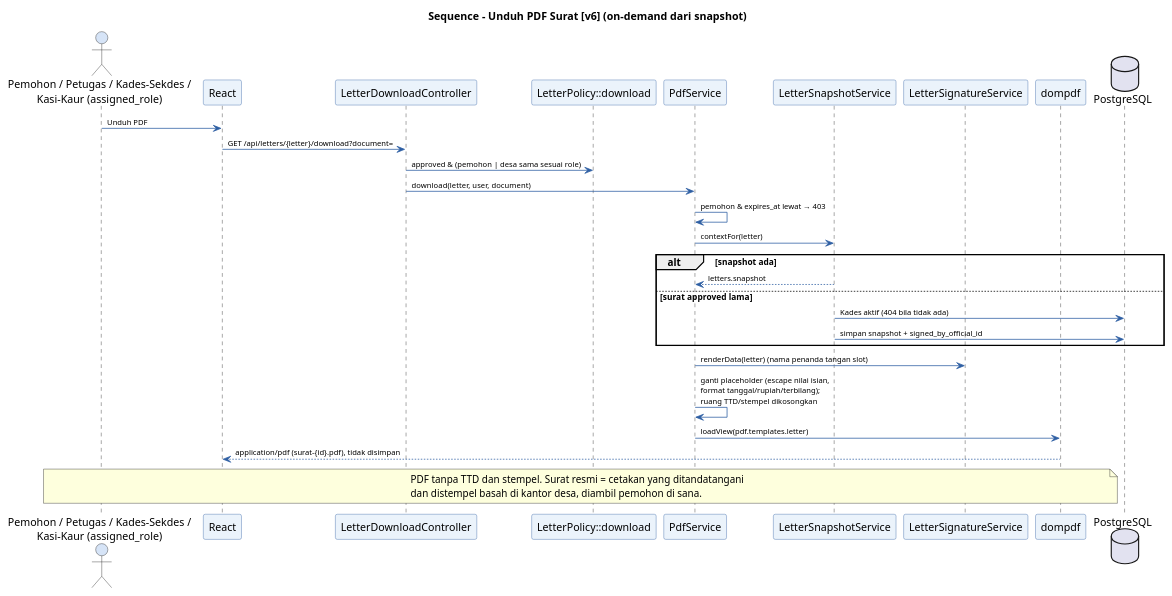
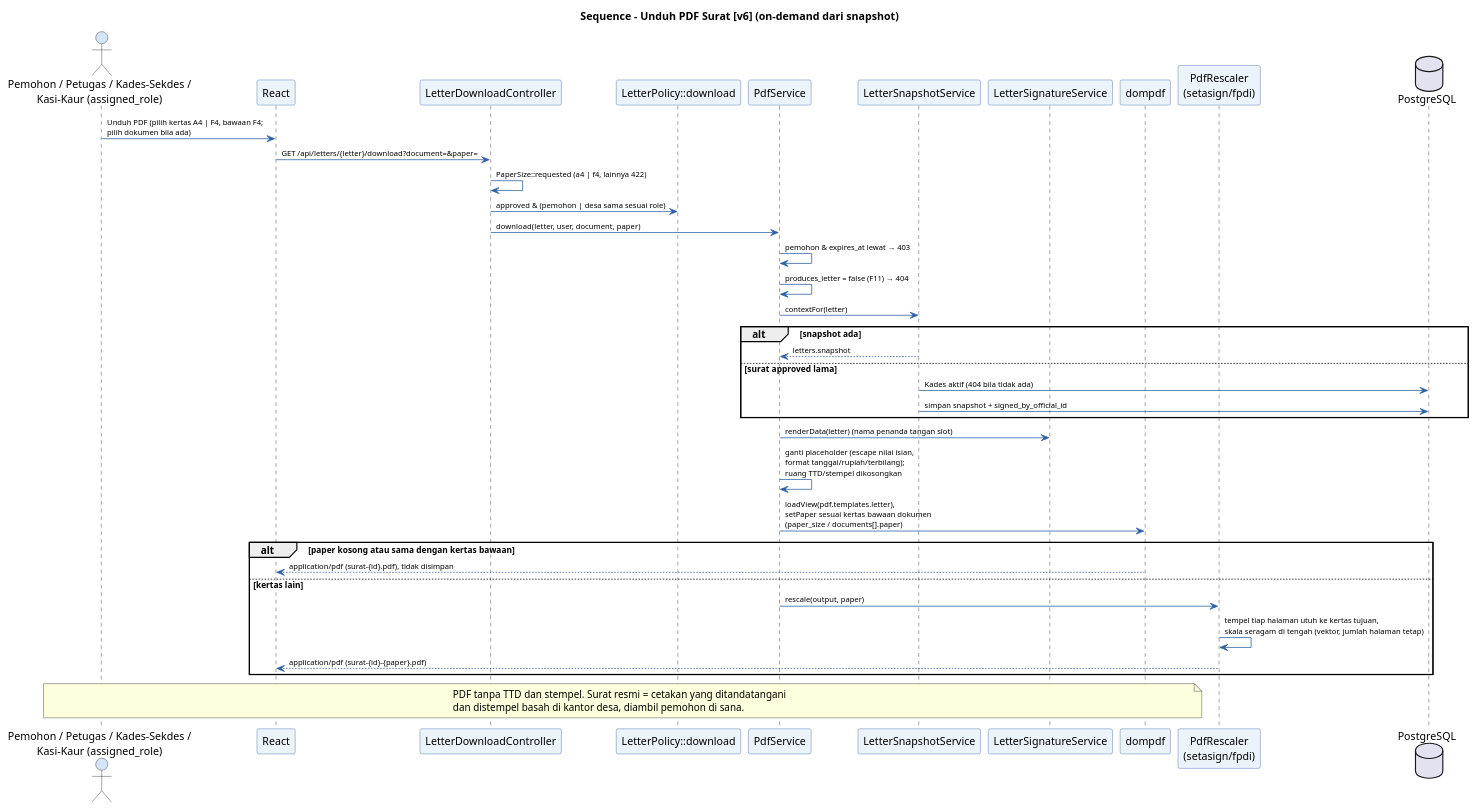
Before and after one commit to Vextronode/sid-app: the diagram in docs/diagram/code/sequence/08_Sequence_DownloadPDF_Snapshot_v6.puml, drawn with PlantUML. The commit also changed other lines of this file and 76 other files, not shown here.

```diff
--- a/docs/diagram/code/sequence/08_Sequence_DownloadPDF_Snapshot_v6.puml
+++ b/docs/diagram/code/sequence/08_Sequence_DownloadPDF_Snapshot_v6.puml
@@ -9,44 +11,53 @@
 @startuml Sequence_DownloadPDF_v6
 skinparam backgroundColor #FFFFFF
 skinparam sequence {
   ParticipantBackgroundColor #EBF3FB
   ParticipantBorderColor #2E5FA3
   ActorBackgroundColor #D6E4F7
   ArrowColor #2E5FA3
   ArrowFontSize 10
   NoteBackgroundColor #FFF9C4
   NoteBorderColor #F9A825
 }
 title Sequence - Unduh PDF Surat [v6] (on-demand dari snapshot)
 
 actor "Pemohon / Petugas / Kades-Sekdes /\nKasi-Kaur (assigned_role)" as U
 participant "React" as FE
 participant "LetterDownloadController" as CTRL
 participant "LetterPolicy::download" as POL
 participant "PdfService" as PDF
 participant "LetterSnapshotService" as SNAP
 participant "LetterSignatureService" as SIG
 participant "dompdf" as DOM
+participant "PdfRescaler\n(setasign/fpdi)" as RSC
 database "PostgreSQL" as DB
 
-U -> FE : Unduh PDF
-FE -> CTRL : GET /api/letters/{letter}/download?document=
+U -> FE : Unduh PDF (pilih kertas A4 | F4, bawaan F4;\npilih dokumen bila ada)
+FE -> CTRL : GET /api/letters/{letter}/download?document=&paper=
+CTRL -> CTRL : PaperSize::requested (a4 | f4, lainnya 422)
 CTRL -> POL : approved & (pemohon | desa sama sesuai role)
-CTRL -> PDF : download(letter, user, document)
+CTRL -> PDF : download(letter, user, document, paper)
 PDF -> PDF : pemohon & expires_at lewat → 403
+PDF -> PDF : produces_letter = false (F11) → 404
 PDF -> SNAP : contextFor(letter)
 alt snapshot ada
   SNAP --> PDF : letters.snapshot
 else surat approved lama
   SNAP -> DB : Kades aktif (404 bila tidak ada)
   SNAP -> DB : simpan snapshot + signed_by_official_id
 end
 PDF -> SIG : renderData(letter) (nama penanda tangan slot)
 PDF -> PDF : ganti placeholder (escape nilai isian,\nformat tanggal/rupiah/terbilang);\nruang TTD/stempel dikosongkan
-PDF -> DOM : loadView(pdf.templates.letter)
-DOM --> FE : application/pdf (surat-{id}.pdf), tidak disimpan
+PDF -> DOM : loadView(pdf.templates.letter),\nsetPaper sesuai kertas bawaan dokumen\n(paper_size / documents[].paper)
+alt paper kosong atau sama dengan kertas bawaan
+  DOM --> FE : application/pdf (surat-{id}.pdf), tidak disimpan
+else kertas lain
+  PDF -> RSC : rescale(output, paper)
+  RSC -> RSC : tempel tiap halaman utuh ke kertas tujuan,\nskala seragam di tengah (vektor, jumlah halaman tetap)
+  RSC --> FE : application/pdf (surat-{id}-{paper}.pdf)
+end
 note over U, DOM
   PDF tanpa TTD dan stempel. Surat resmi = cetakan yang ditandatangani
   dan distempel basah di kantor desa, diambil pemohon di sana.
 end note
 @enduml
```
